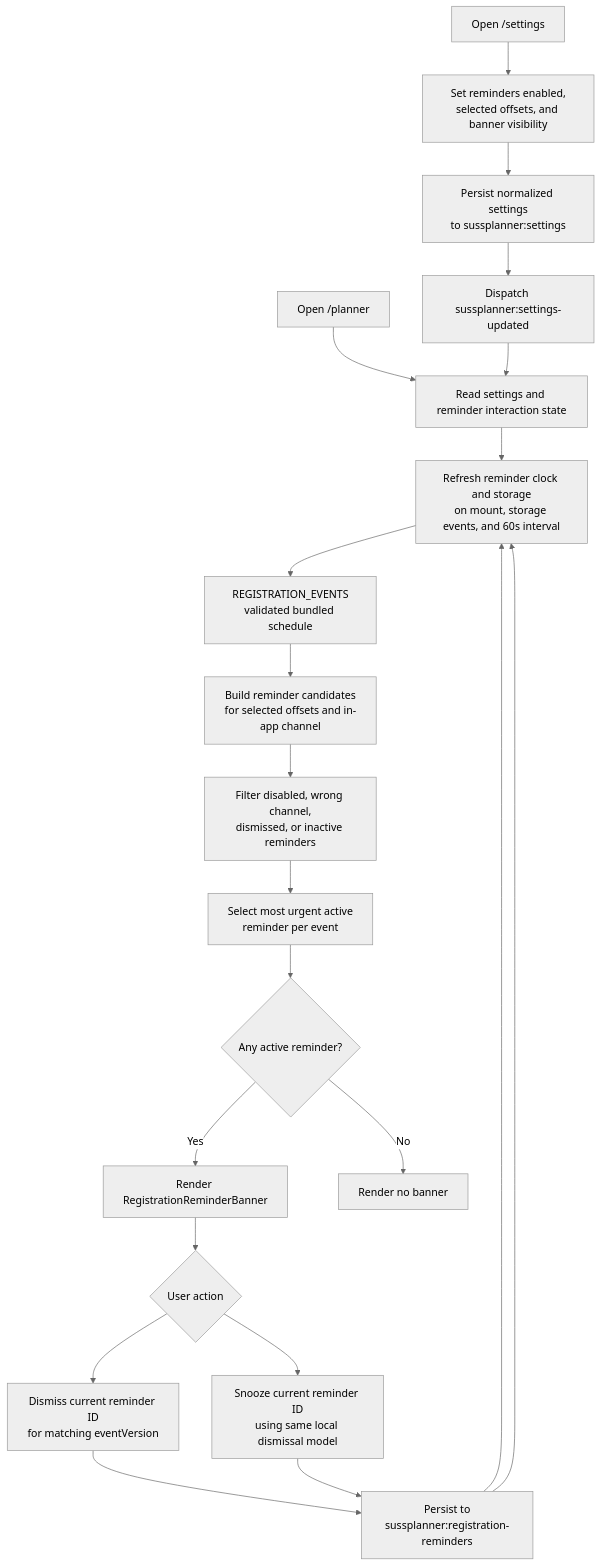
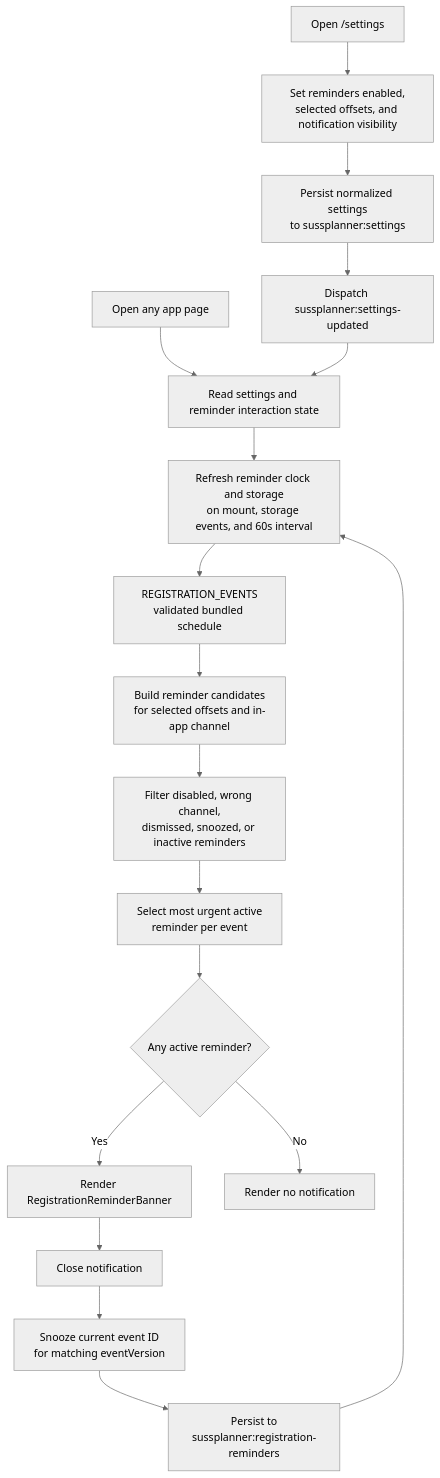
One commit to lester-td/SUSSplanner changed the sixth of 18 diagrams in docs/DeveloperGuide.md. Above: the diagram before and after it, drawn with Mermaid (neutral theme). The commit also changed other lines of this file and 7 other files, not shown here.

Commit message:
Make reminder close snooze the event

````diff
--- a/docs/DeveloperGuide.md
+++ b/docs/DeveloperGuide.md
@@ -734,31 +734,28 @@
 ```mermaid
 flowchart TD
     Settings["Open /settings"]
-    Preferences["Set reminders enabled,<br/>selected offsets, and banner visibility"]
+    Preferences["Set reminders enabled,<br/>selected offsets, and notification visibility"]
     SaveSettings["Persist normalized settings<br/>to sussplanner:settings"]
     NotifySettings["Dispatch sussplanner:settings-updated"]
-    Planner["Open /planner"]
+    AppPage["Open any app page"]
     Hydrate["Read settings and reminder interaction state"]
     Tick["Refresh reminder clock and storage<br/>on mount, storage events, and 60s interval"]
     Schedule["REGISTRATION_EVENTS<br/>validated bundled schedule"]
     Candidates["Build reminder candidates<br/>for selected offsets and in-app channel"]
-    Filter["Filter disabled, wrong channel,<br/>dismissed, or inactive reminders"]
+    Filter["Filter disabled, wrong channel,<br/>dismissed, snoozed, or inactive reminders"]
     Urgent["Select most urgent active<br/>reminder per event"]
-    Banner{"Any active reminder?"}
+    Notification{"Any active reminder?"}
     Render["Render RegistrationReminderBanner"]
-    Hidden["Render no banner"]
-    Action{"User action"}
-    Dismiss["Dismiss current reminder ID<br/>for matching eventVersion"]
-    Snooze["Snooze current reminder ID<br/>using same local dismissal model"]
+    Hidden["Render no notification"]
+    Close["Close notification"]
+    Snooze["Snooze current event ID<br/>for matching eventVersion"]
     SaveInteraction["Persist to<br/>sussplanner:registration-reminders"]
 
     Settings --> Preferences --> SaveSettings --> NotifySettings
-    Planner --> Hydrate --> Tick
+    AppPage --> Hydrate --> Tick
     NotifySettings --> Hydrate
-    Tick --> Schedule --> Candidates --> Filter --> Urgent --> Banner
-    Banner -->|Yes| Render
-    Banner -->|No| Hidden
-    Render --> Action
-    Action --> Dismiss --> SaveInteraction --> Tick
-    Action --> Snooze --> SaveInteraction --> Tick
+    Tick --> Schedule --> Candidates --> Filter --> Urgent --> Notification
+    Notification -->|Yes| Render
+    Notification -->|No| Hidden
+    Render --> Close --> Snooze --> SaveInteraction --> Tick
 ```
````
